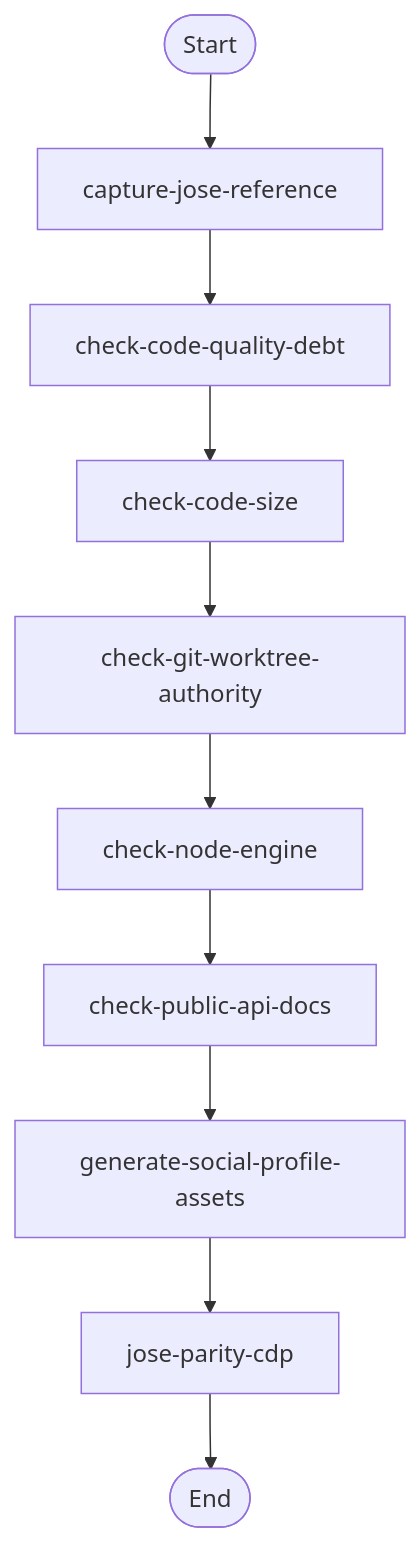
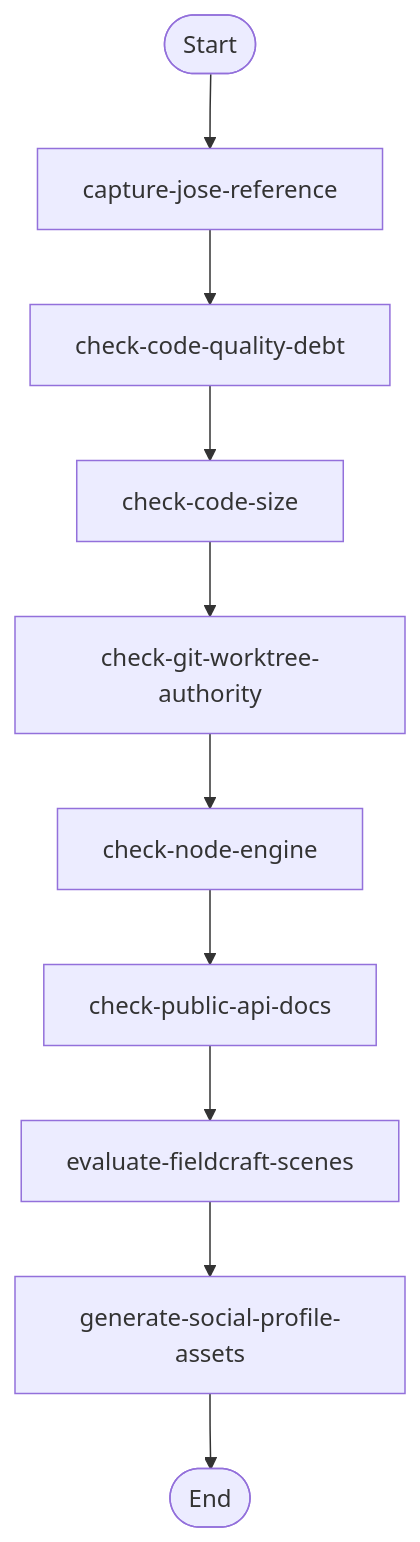
Before and after one commit to jscraik/websites: the diagram in .diagram/flow.mmd, drawn with Mermaid. The commit also changed 3 other files, not shown here.

First line of the commit message:
chore(diagram): refresh Fieldcraft architecture artifacts

```diff
--- a/.diagram/flow.mmd
+++ b/.diagram/flow.mmd
@@ -1,20 +1,20 @@
 flowchart TD
   Start(["Start"])
   capture_jose_reference_e7b66705["capture-jose-reference"]
   Start --> capture_jose_reference_e7b66705
   check_code_quality_debt_cba04f67["check-code-quality-debt"]
   capture_jose_reference_e7b66705 --> check_code_quality_debt_cba04f67
   check_code_size_9c5efc3a["check-code-size"]
   check_code_quality_debt_cba04f67 --> check_code_size_9c5efc3a
   check_git_worktree_authority_940ab26d["check-git-worktree-authority"]
   check_code_size_9c5efc3a --> check_git_worktree_authority_940ab26d
   check_node_engine_217689bf["check-node-engine"]
   check_git_worktree_authority_940ab26d --> check_node_engine_217689bf
   check_public_api_docs_a9604f1b["check-public-api-docs"]
   check_node_engine_217689bf --> check_public_api_docs_a9604f1b
+  evaluate_fieldcraft_scenes_d6258bc6["evaluate-fieldcraft-scenes"]
+  check_public_api_docs_a9604f1b --> evaluate_fieldcraft_scenes_d6258bc6
   generate_social_profile_assets_f4f94011["generate-social-profile-assets"]
-  check_public_api_docs_a9604f1b --> generate_social_profile_assets_f4f94011
-  jose_parity_cdp_bdcde21d["jose-parity-cdp"]
-  generate_social_profile_assets_f4f94011 --> jose_parity_cdp_bdcde21d
+  evaluate_fieldcraft_scenes_d6258bc6 --> generate_social_profile_assets_f4f94011
   End(["End"])
-  jose_parity_cdp_bdcde21d --> End
+  generate_social_profile_assets_f4f94011 --> End
```
